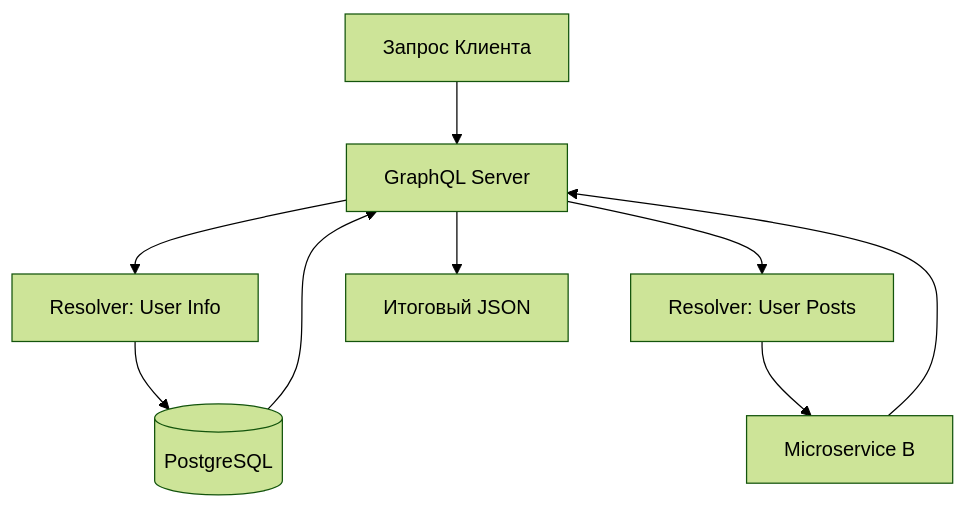
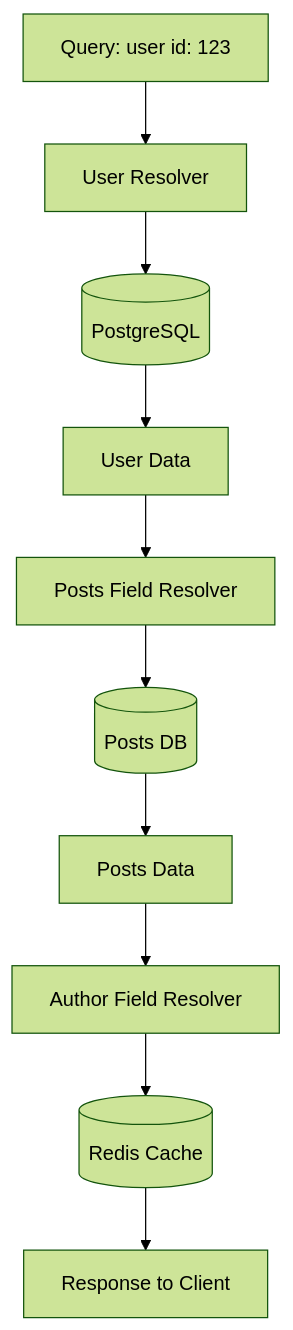
The second of 4 diagrams in информатика(теория)/networking/API_Protocols/1.GraphQL.md (IBraveMonkey/data_structure-algorithms), drawn with Mermaid (forest theme) before and after one commit. The commit also changed other lines of this file and 22 other files, not shown here.

````diff
--- a/информатика(теория)/networking/API_Protocols/1.GraphQL.md
+++ b/информатика(теория)/networking/API_Protocols/1.GraphQL.md
@@ -45,11 +304,14 @@
 ```mermaid
-graph TD
-    Client[Запрос Клиента] --> GQL[GraphQL Server]
-    GQL --> R1[Resolver: User Info]
-    GQL --> R2[Resolver: User Posts]
-    R1 --> DB[(PostgreSQL)]
-    R2 --> Micro[Microservice B]
-    DB --> GQL
-    Micro --> GQL
-    GQL --> Response[Итоговый JSON]
+flowchart TD
+    Query[Query: user id: 123] --> UserResolver[User Resolver]
+    UserResolver --> DB1[(PostgreSQL)]
+    DB1 --> UserData[User Data]
+    
+    UserData --> PostsResolver[Posts Field Resolver]
+    PostsResolver --> DB2[(Posts DB)]
+    DB2 --> PostsData[Posts Data]
+    
+    PostsData --> AuthorResolver[Author Field Resolver]
+    AuthorResolver --> Cache[(Redis Cache)]
+    Cache --> FinalResponse[Response to Client]
 ```
````
